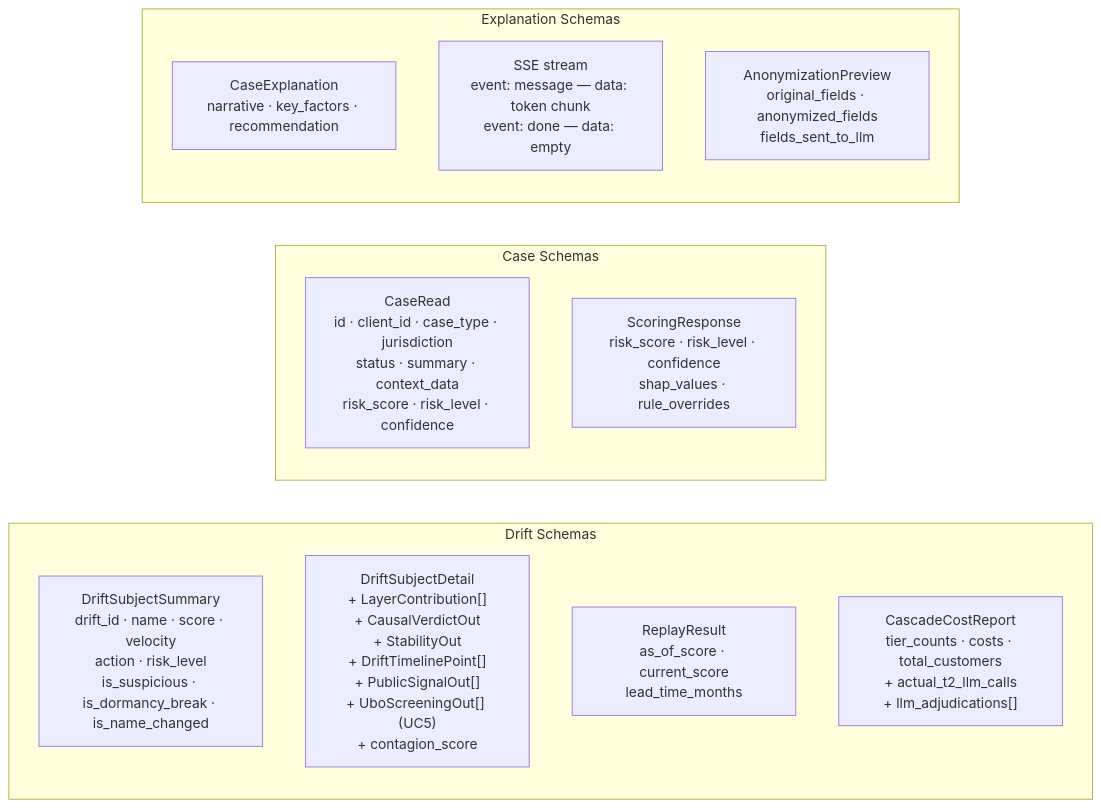
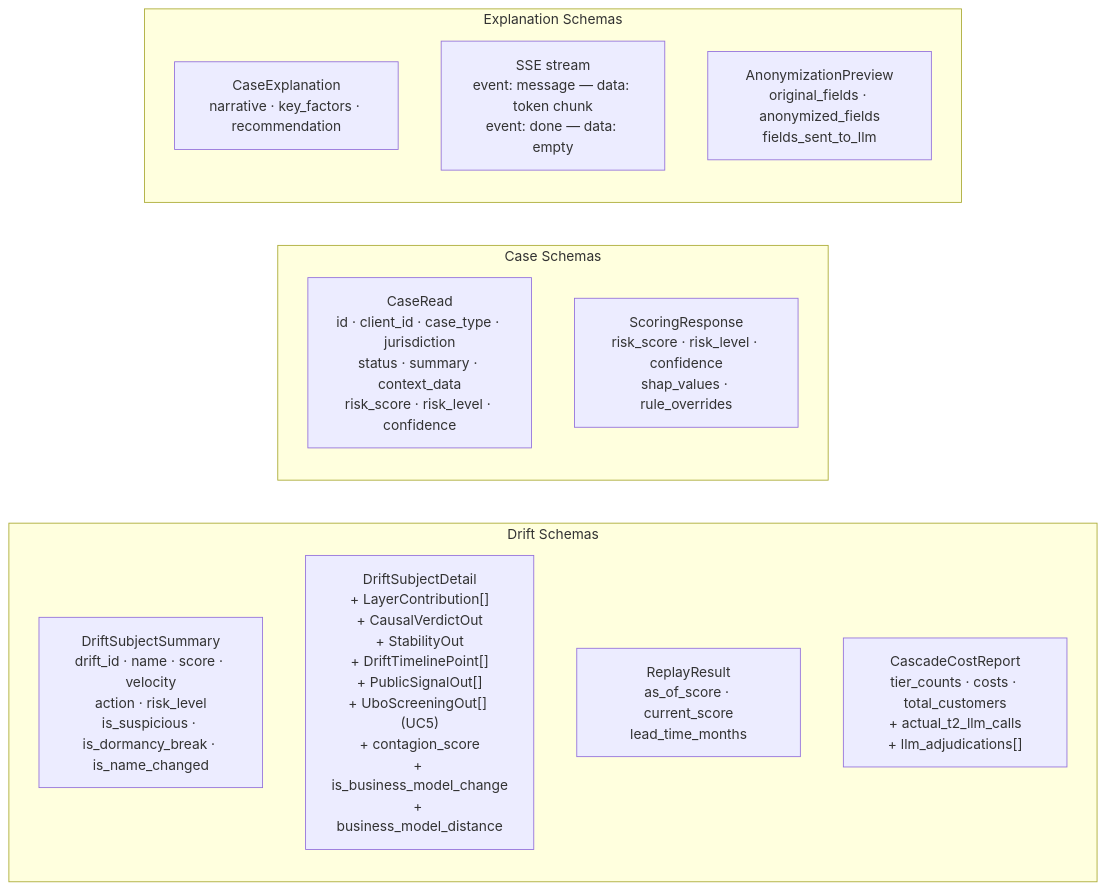
One commit to SteveDok22/Swisshacks-2026 changed the second of 3 diagrams in docs/api.md. Above: the diagram before and after it, drawn with Mermaid. The commit also changed other lines of this file and 9 other files, not shown here.

Commit message:
feat(uc9): business-model drift — API fields + TwoLayerPanel UI + domain_pivot scenario (#44)

````diff
--- a/docs/api.md
+++ b/docs/api.md
@@ -58,20 +58,20 @@
 ```mermaid
 flowchart LR
     subgraph DriftSchemas["Drift Schemas"]
         DS1["DriftSubjectSummary\ndrift_id · name · score · velocity\naction · risk_level\nis_suspicious · is_dormancy_break · is_name_changed"]
-        DS2["DriftSubjectDetail\n+ LayerContribution[]\n+ CausalVerdictOut\n+ StabilityOut\n+ DriftTimelinePoint[]\n+ PublicSignalOut[]\n+ UboScreeningOut[] (UC5)\n+ contagion_score"]
+        DS2["DriftSubjectDetail\n+ LayerContribution[]\n+ CausalVerdictOut\n+ StabilityOut\n+ DriftTimelinePoint[]\n+ PublicSignalOut[]\n+ UboScreeningOut[] (UC5)\n+ contagion_score\n+ is_business_model_change\n+ business_model_distance"]
         DS3["ReplayResult\nas_of_score · current_score\nlead_time_months"]
         DS4["CascadeCostReport\ntier_counts · costs · total_customers\n+ actual_t2_llm_calls\n+ llm_adjudications[]"]
     end
 
     subgraph CaseSchemas["Case Schemas"]
         CS1["CaseRead\nid · client_id · case_type · jurisdiction\nstatus · summary · context_data\nrisk_score · risk_level · confidence"]
         CS2["ScoringResponse\nrisk_score · risk_level · confidence\nshap_values · rule_overrides"]
     end
 
     subgraph ExplainSchemas["Explanation Schemas"]
         ES1["CaseExplanation\nnarrative · key_factors · recommendation"]
         ES2["SSE stream\nevent: message — data: token chunk\nevent: done — data: empty"]
         ES3["AnonymizationPreview\noriginal_fields · anonymized_fields\nfields_sent_to_llm"]
     end
 ```
````
